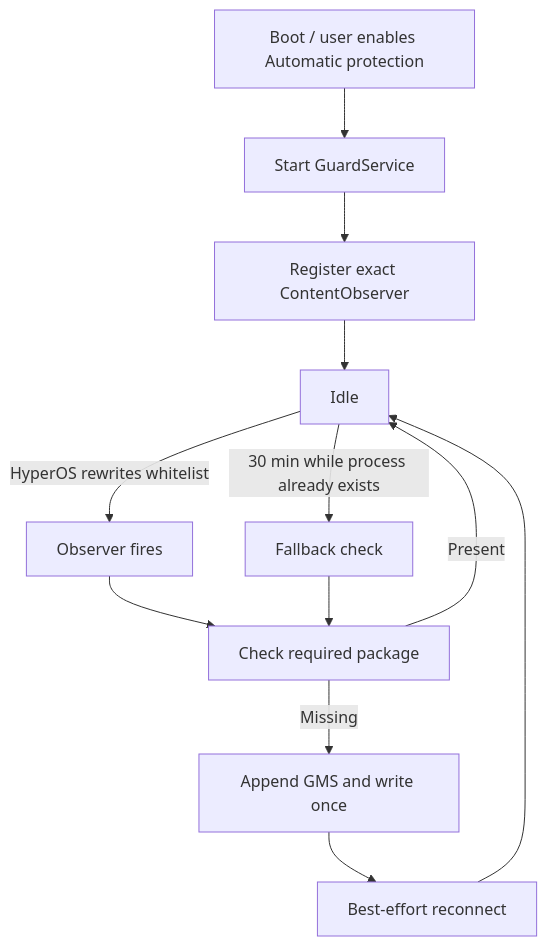
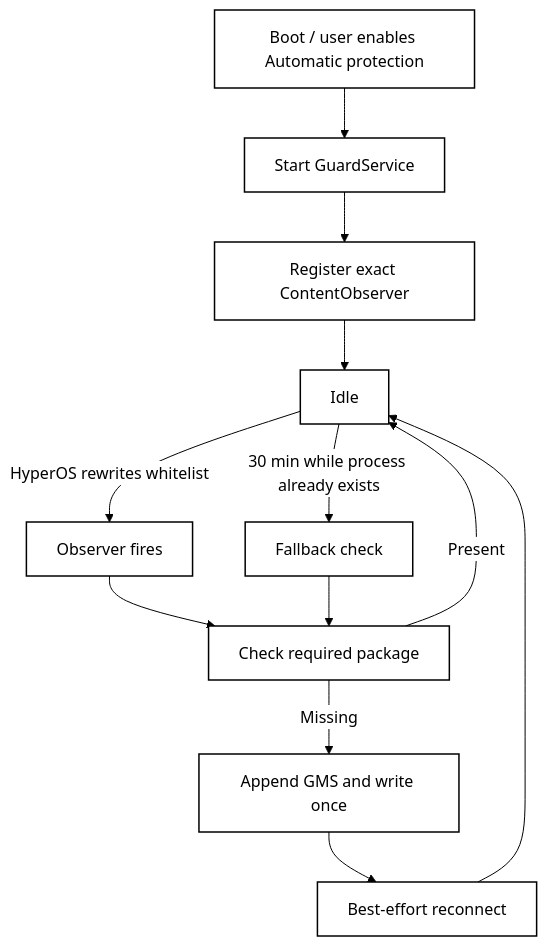
Before and after one commit to ReedGAOOO/FCMGuard-HyperOS: the fourth of 4 diagrams in README.md, drawn with Mermaid. The commit also changed other lines of this file, not shown here.

Commit message:
Restyle README diagrams in black and white and add acknowledgements

````diff
--- a/README.md
+++ b/README.md
@@ -121,15 +129,17 @@
 ```mermaid
+%%{init: {'theme':'base','themeVariables': {'background':'#ffffff','primaryColor':'#ffffff','primaryTextColor':'#000000','primaryBorderColor':'#000000','secondaryColor':'#ffffff','tertiaryColor':'#ffffff','lineColor':'#000000','fontFamily':'Arial'}}}%%
 flowchart TD
     A[Boot / user enables Automatic protection] --> B[Start GuardService]
     B --> C[Register exact ContentObserver]
     C --> D[Idle]
     D -->|HyperOS rewrites whitelist| E[Observer fires]
     E --> F[Check required package]
     F -->|Present| D
     F -->|Missing| G[Append GMS and write once]
     G --> H[Best-effort reconnect]
     H --> D
-
     D -->|30 min while process already exists| I[Fallback check]
     I --> F
+    classDef bw fill:#ffffff,stroke:#000000,color:#000000,stroke-width:1.5px;
+    class A,B,C,D,E,F,G,H,I bw;
 ```
````
